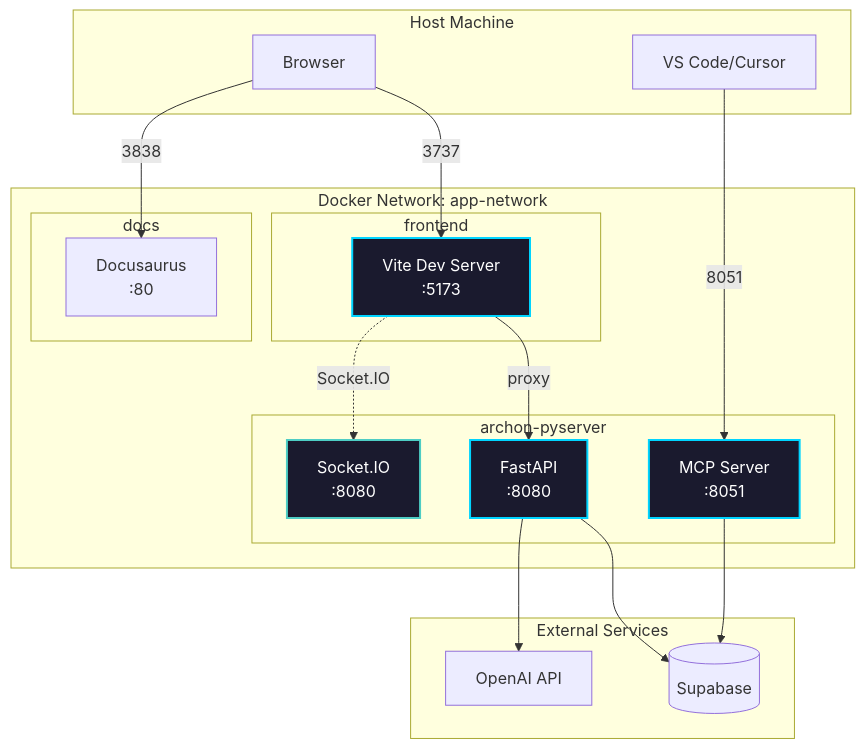
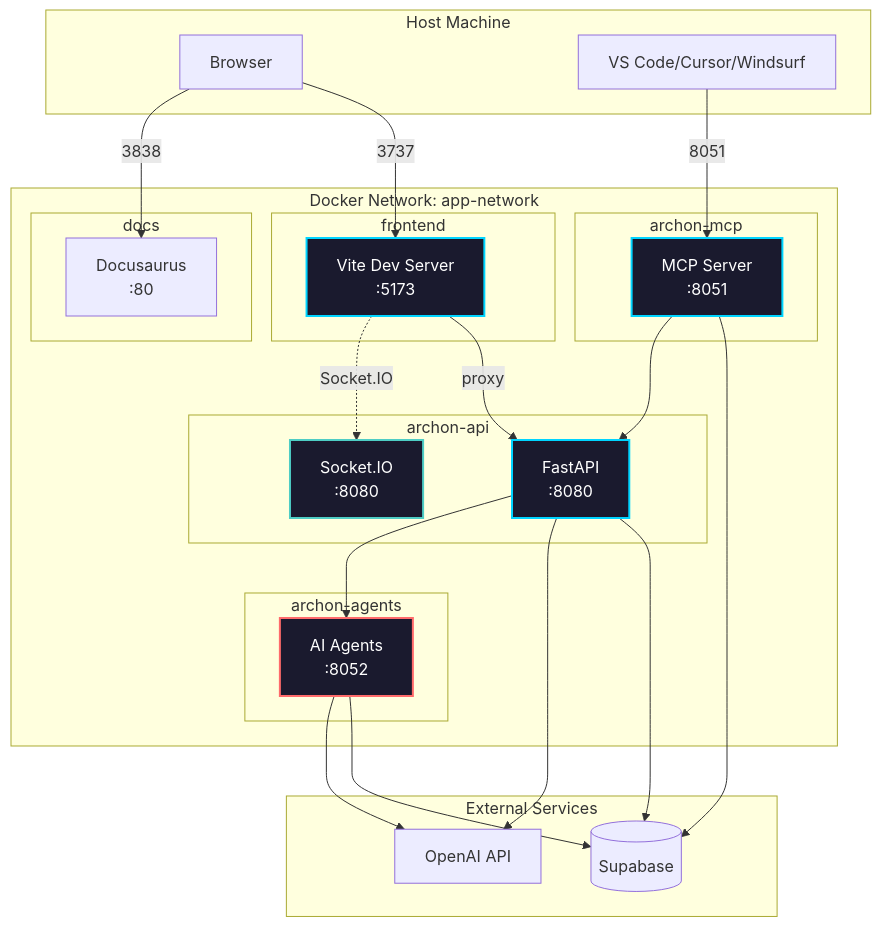
Before and after one commit to tarsonis125/mcp-crawl4ai-rag-ChromaDB-V1: the diagram in docs/docs/configuration.mdx, drawn with Mermaid. The commit also changed other lines of this file and 36 other files, not shown here.

First line of the commit message:
refactor: transition to microservices architecture with Socket.IO integration

````diff
--- a/docs/docs/configuration.mdx
+++ b/docs/docs/configuration.mdx
@@ -19,43 +19,55 @@
 ```mermaid
 graph TB
     subgraph "Docker Network: app-network"
-        subgraph "archon-pyserver"
+        subgraph "archon-api"
             API[FastAPI<br/>:8080]
             SIO[Socket.IO<br/>:8080]
+        end
+        
+        subgraph "archon-mcp"
             MCP[MCP Server<br/>:8051]
+        end
+        
+        subgraph "archon-agents"
+            Agents[AI Agents<br/>:8052]
         end
         
         subgraph "frontend"
             Vite[Vite Dev Server<br/>:5173]
         end
         
         subgraph "docs"
             Docusaurus[Docusaurus<br/>:80]
         end
     end
     
     subgraph "Host Machine"
         Browser[Browser]
-        IDE[VS Code/Cursor]
+        IDE[VS Code/Cursor/Windsurf]
     end
     
     subgraph "External Services"
         Supabase[(Supabase)]
         OpenAI[OpenAI API]
     end
     
     Browser -->|3737| Vite
     Browser -->|3838| Docusaurus
     IDE -->|8051| MCP
     
     Vite -->|proxy| API
     Vite -.->|Socket.IO| SIO
     API --> Supabase
     API --> OpenAI
+    API --> Agents
     MCP --> Supabase
+    MCP --> API
+    Agents --> Supabase
+    Agents --> OpenAI
     
     style API fill:#1a1a2e,stroke:#00d4ff,stroke-width:2px,color:#fff
     style SIO fill:#1a1a2e,stroke:#4ecdc4,stroke-width:2px,color:#fff
     style MCP fill:#1a1a2e,stroke:#00d4ff,stroke-width:2px,color:#fff
+    style Agents fill:#1a1a2e,stroke:#ff6b6b,stroke-width:2px,color:#fff
     style Vite fill:#1a1a2e,stroke:#00d4ff,stroke-width:2px,color:#fff
 ```
````
